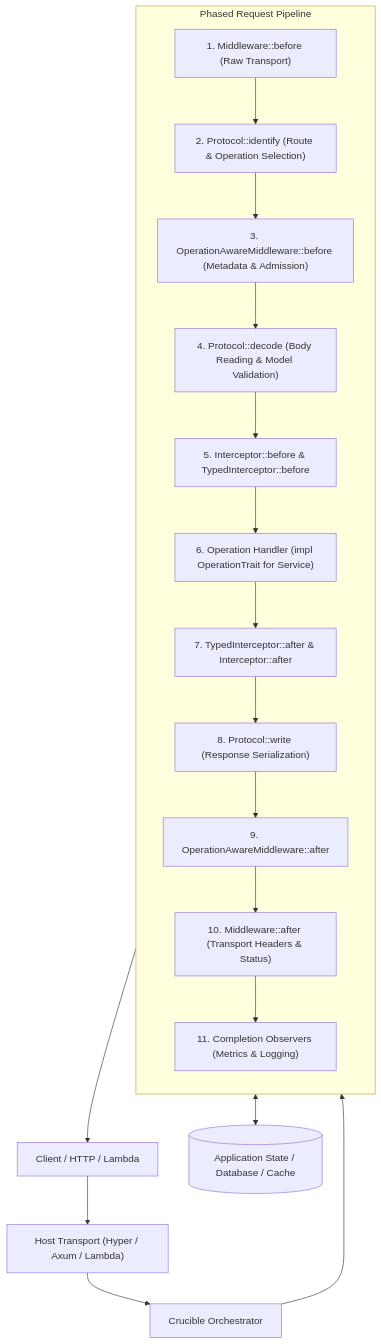
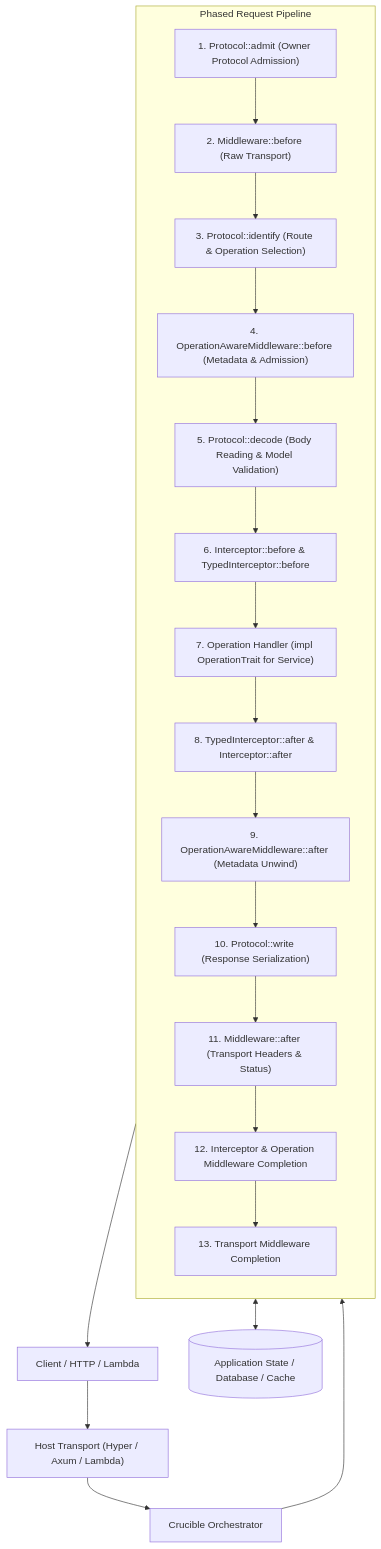
One commit to Operation-Leyline/crucible changed the first of 3 diagrams in docs/framework.md. Above: the diagram before and after it, drawn with Mermaid. The commit also changed other lines of this file, not shown here.

````diff
--- a/docs/framework.md
+++ b/docs/framework.md
@@ -64,35 +70,39 @@
 ```mermaid
 flowchart TD
     Client["Client / HTTP / Lambda"] --> Host["Host Transport (Hyper / Axum / Lambda)"]
     Host --> Orchestrator["Crucible Orchestrator"]
 
     subgraph Pipeline["Phased Request Pipeline"]
         direction TB
-        M_Before["1. Middleware::before (Raw Transport)"]
-        P_Identify["2. Protocol::identify (Route & Operation Selection)"]
-        O_Before["3. OperationAwareMiddleware::before (Metadata & Admission)"]
-        P_Decode["4. Protocol::decode (Body Reading & Model Validation)"]
-        I_Before["5. Interceptor::before & TypedInterceptor::before"]
-        Handler["6. Operation Handler (impl OperationTrait for Service)"]
-        I_After["7. TypedInterceptor::after & Interceptor::after"]
-        P_Write["8. Protocol::write (Response Serialization)"]
-        O_After["9. OperationAwareMiddleware::after"]
-        M_After["10. Middleware::after (Transport Headers & Status)"]
-        Complete["11. Completion Observers (Metrics & Logging)"]
+        P_Admit["1. Protocol::admit (Owner Protocol Admission)"]
+        M_Before["2. Middleware::before (Raw Transport)"]
+        P_Identify["3. Protocol::identify (Route & Operation Selection)"]
+        O_Before["4. OperationAwareMiddleware::before (Metadata & Admission)"]
+        P_Decode["5. Protocol::decode (Body Reading & Model Validation)"]
+        I_Before["6. Interceptor::before & TypedInterceptor::before"]
+        Handler["7. Operation Handler (impl OperationTrait for Service)"]
+        I_After["8. TypedInterceptor::after & Interceptor::after"]
+        O_After["9. OperationAwareMiddleware::after (Metadata Unwind)"]
+        P_Write["10. Protocol::write (Response Serialization)"]
+        M_After["11. Middleware::after (Transport Headers & Status)"]
+        Complete_Op["12. Interceptor & Operation Middleware Completion"]
+        Complete_Tx["13. Transport Middleware Completion"]
 
+        P_Admit --> M_Before
         M_Before --> P_Identify
         P_Identify --> O_Before
         O_Before --> P_Decode
         P_Decode --> I_Before
         I_Before --> Handler
         Handler --> I_After
-        I_After --> P_Write
-        P_Write --> O_After
-        O_After --> M_After
-        M_After --> Complete
+        I_After --> O_After
+        O_After --> P_Write
+        P_Write --> M_After
+        M_After --> Complete_Op
+        Complete_Op --> Complete_Tx
     end
 
     Orchestrator --> Pipeline
     Handler <--> Storage[("Application State / Database / Cache")]
-    Complete --> Client
+    Complete_Tx --> Client
 ```
````
